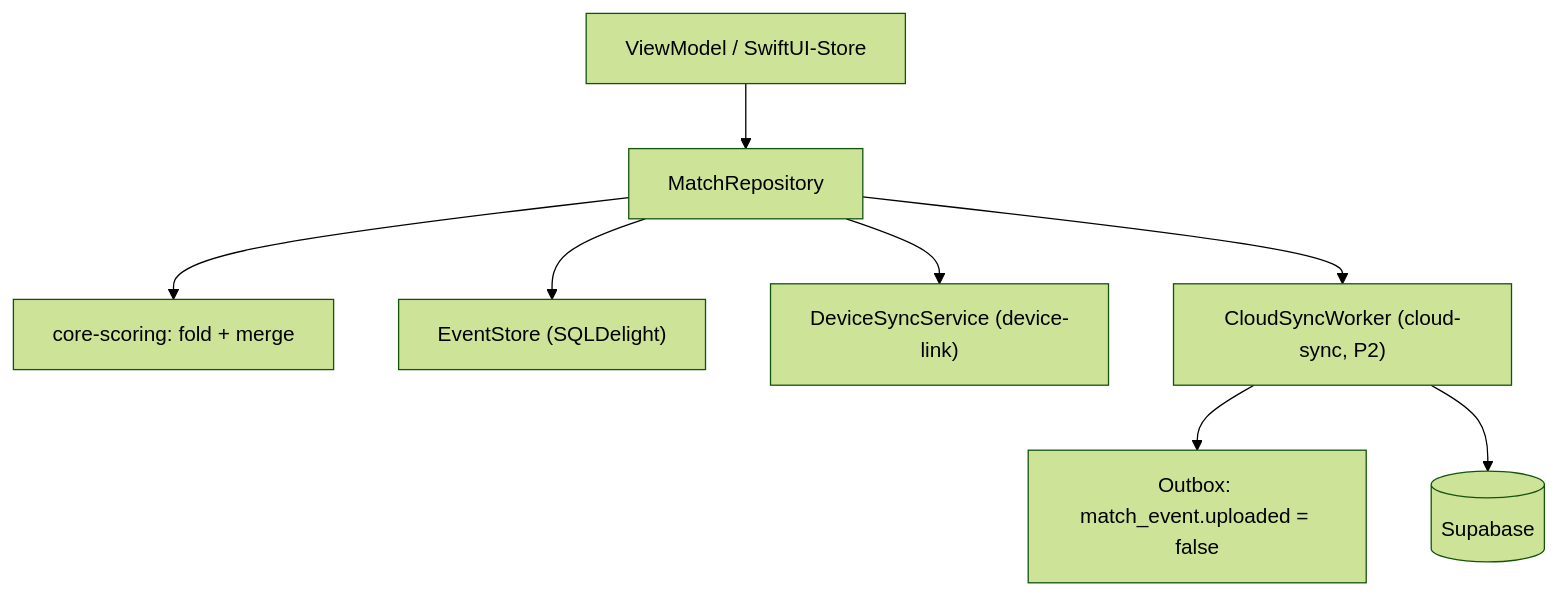
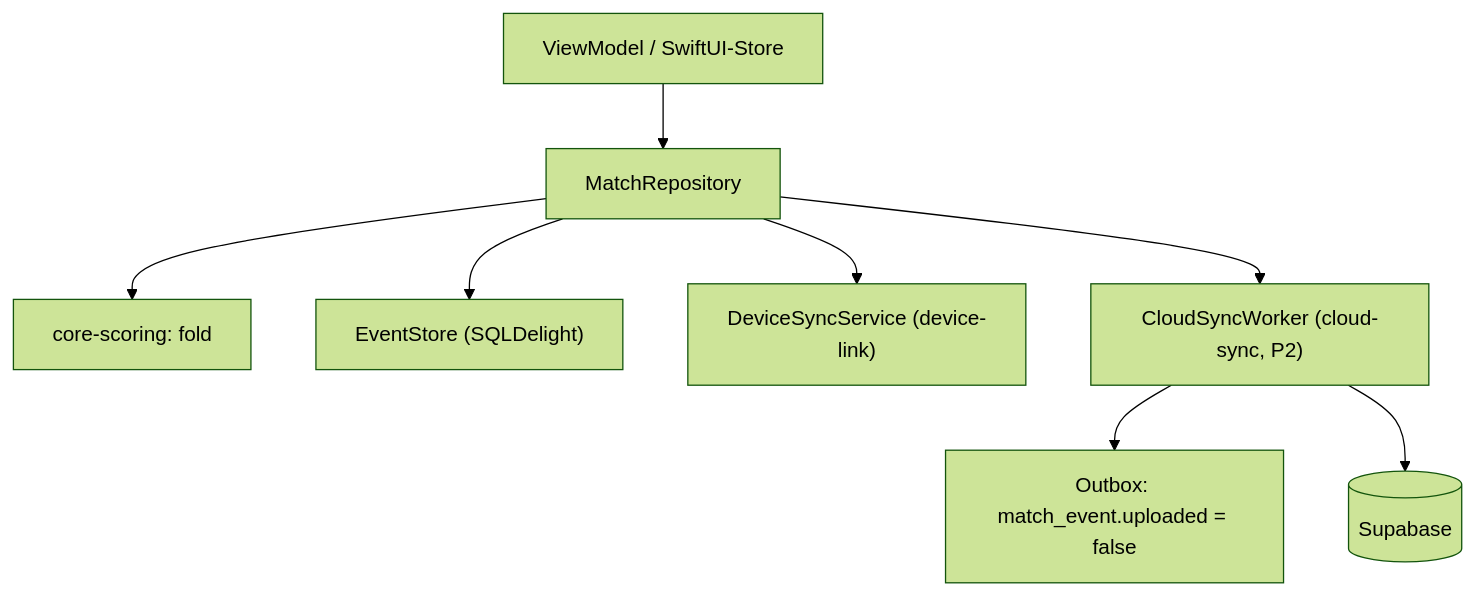
Before and after one commit to thealextd1337-spec/racketone: the fifth of 5 diagrams in docs/01-architektur.md, drawn with Mermaid (forest theme). The commit also changed other lines of this file and 4 other files, not shown here.

````diff
--- a/docs/01-architektur.md
+++ b/docs/01-architektur.md
@@ -385,10 +385,10 @@
 ```mermaid
 graph TD
   VM["ViewModel / SwiftUI-Store"] --> REPO["MatchRepository"]
-  REPO --> ENG["core-scoring: fold + merge"]
+  REPO --> ENG["core-scoring: fold"]
   REPO --> ES["EventStore (SQLDelight)"]
   REPO --> LINK["DeviceSyncService (device-link)"]
   REPO --> CSW["CloudSyncWorker (cloud-sync, P2)"]
   CSW --> OUT["Outbox: match_event.uploaded = false"]
   CSW --> SUPA[("Supabase")]
 ```
````
